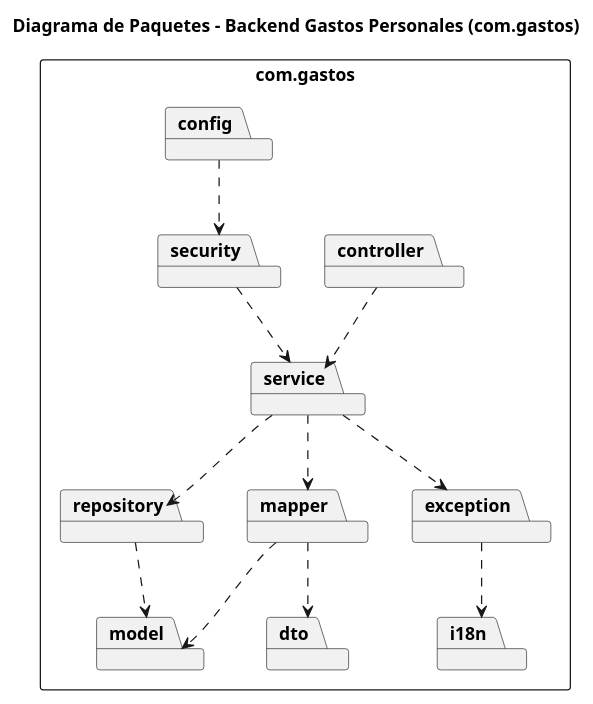
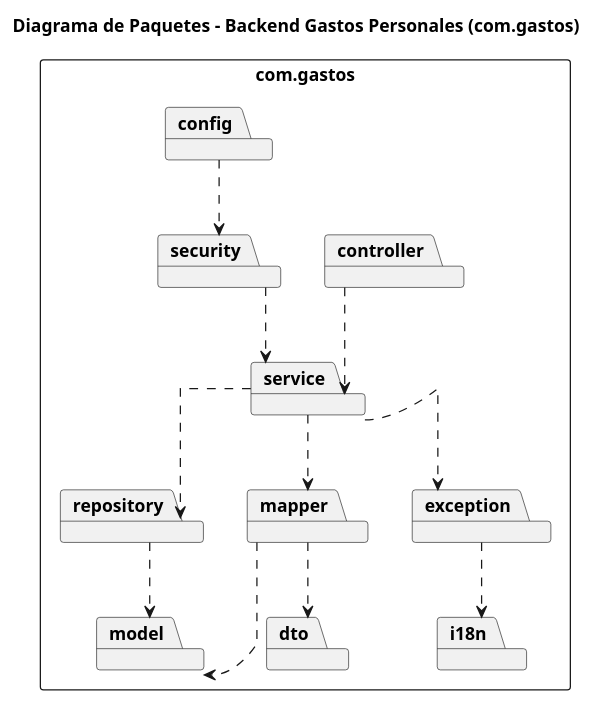
The diagram in docs/package-diagram.puml (renzocand/04---gastos-personales), drawn with PlantUML before and after one commit. The commit also changed 32 other files, not shown here.

```diff
--- a/docs/package-diagram.puml
+++ b/docs/package-diagram.puml
@@ -1,32 +1,34 @@
 @startuml package-diagram
 title Diagrama de Paquetes - Backend Gastos Personales (com.gastos)
 
 skinparam packageStyle rectangle
+skinparam linetype ortho
 top to bottom direction
+
 
 package "com.gastos" {
     package "controller" as controller
     package "service" as service
     package "repository" as repository
     package "model" as model
     package "dto" as dto
     package "mapper" as mapper
     package "security" as security
     package "exception" as exception
     package "config" as config
     package "i18n" as i18n
 }
 
-' Dependencias entre paquetes (organización del sistema)
+' Dependencias entre paquetes (la arquitectura por capas)
 controller ..> service
 service ..> repository
 service ..> mapper
 service ..> exception
 mapper ..> dto
 mapper ..> model
 repository ..> model
 security ..> service
 exception ..> i18n
 config ..> security
 
 @enduml
```
